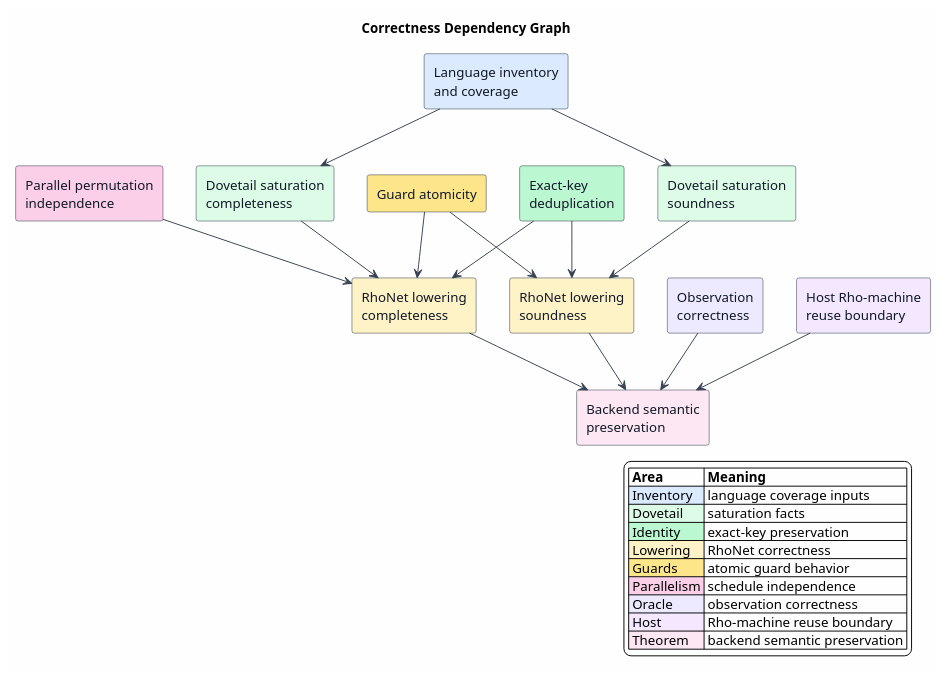
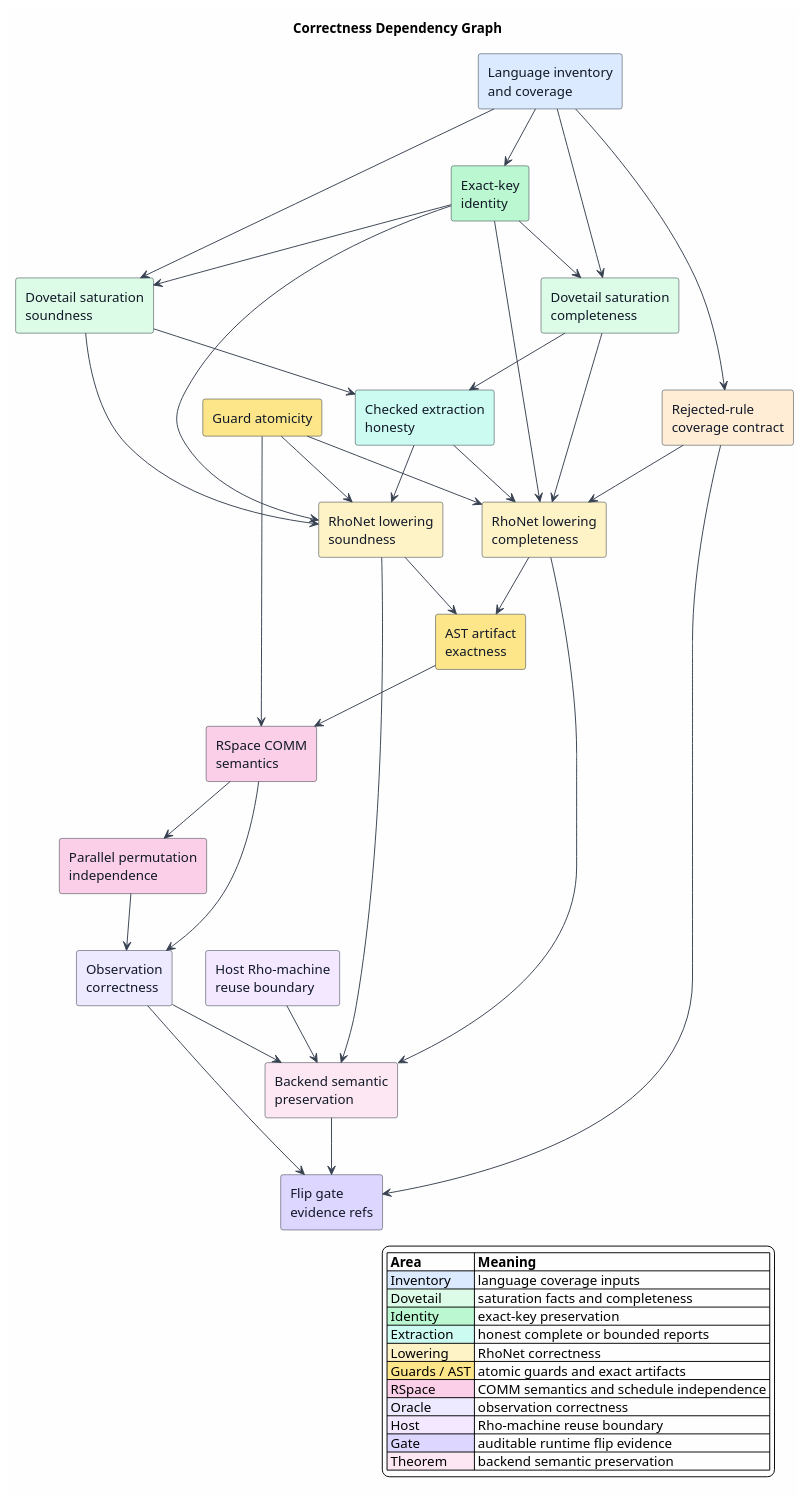
The diagram in docs/architecture/rho-native-integration/06-correctness-and-coverage.md (F1R3FLY-io/mettail-rust), drawn with PlantUML before and after one commit. The commit also changed 31 other files, not shown here.

First line of the commit message:
Harden architecture diagram coverage

````diff
--- a/docs/architecture/rho-native-integration/06-correctness-and-coverage.md
+++ b/docs/architecture/rho-native-integration/06-correctness-and-coverage.md
@@ -415,52 +415,77 @@
 ```plantuml
 @startuml
 title Correctness Dependency Graph
 
 skinparam backgroundColor #FEFEFE
 skinparam shadowing false
 skinparam rectangle {
   BorderColor #1F2937
   FontColor #111827
 }
 skinparam ArrowColor #374151
 
 rectangle "Language inventory\nand coverage" as Inventory #DBEAFE
+rectangle "Exact-key\nidentity" as EK #BBF7D0
 rectangle "Dovetail saturation\nsoundness" as DS #DCFCE7
 rectangle "Dovetail saturation\ncompleteness" as DC #DCFCE7
-rectangle "Exact-key\ndeduplication" as EK #BBF7D0
+rectangle "Checked extraction\nhonesty" as EH #CCFBF1
 rectangle "RhoNet lowering\nsoundness" as RS #FEF3C7
 rectangle "RhoNet lowering\ncompleteness" as RC #FEF3C7
+rectangle "AST artifact\nexactness" as AE #FDE68A
 rectangle "Guard atomicity" as GA #FDE68A
+rectangle "RSpace COMM\nsemantics" as COMM #FBCFE8
 rectangle "Parallel permutation\nindependence" as PI #FBCFE8
 rectangle "Observation\ncorrectness" as OC #EDE9FE
+rectangle "Rejected-rule\ncoverage contract" as RJ #FFEDD5
 rectangle "Host Rho-machine\nreuse boundary" as HR #F3E8FF
+rectangle "Flip gate\nevidence refs" as FG #DDD6FE
 rectangle "Backend semantic\npreservation" as SP #FCE7F3
 
+Inventory --> EK
 Inventory --> DS
 Inventory --> DC
+Inventory --> RJ
+EK --> DS
+EK --> DC
+DS --> EH
+DC --> EH
 DS --> RS
 DC --> RC
 EK --> RS
 EK --> RC
+EH --> RS
+EH --> RC
 GA --> RS
 GA --> RC
-PI --> RC
+RJ --> RC
+RS --> AE
+RC --> AE
+AE --> COMM
+GA --> COMM
+COMM --> PI
+PI --> OC
+COMM --> OC
 RS --> SP
 RC --> SP
 OC --> SP
 HR --> SP
+RJ --> FG
+OC --> FG
+SP --> FG
 
 legend right
 |= Area |= Meaning |
 |<#DBEAFE> Inventory | language coverage inputs |
-|<#DCFCE7> Dovetail | saturation facts |
+|<#DCFCE7> Dovetail | saturation facts and completeness |
 |<#BBF7D0> Identity | exact-key preservation |
+|<#CCFBF1> Extraction | honest complete or bounded reports |
 |<#FEF3C7> Lowering | RhoNet correctness |
-|<#FDE68A> Guards | atomic guard behavior |
-|<#FBCFE8> Parallelism | schedule independence |
+|<#FDE68A> Guards / AST | atomic guards and exact artifacts |
+|<#FBCFE8> RSpace | COMM semantics and schedule independence |
 |<#EDE9FE> Oracle | observation correctness |
 |<#F3E8FF> Host | Rho-machine reuse boundary |
+|<#DDD6FE> Gate | auditable runtime flip evidence |
 |<#FCE7F3> Theorem | backend semantic preservation |
 endlegend
 @enduml
 ```
````
